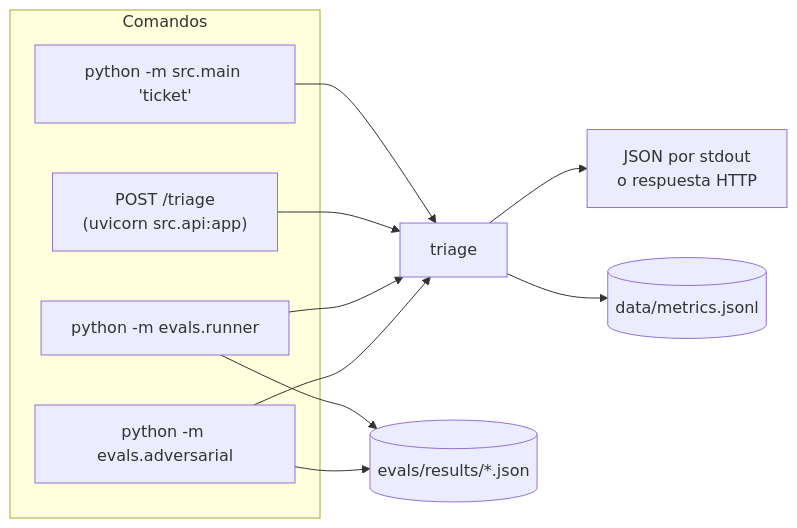
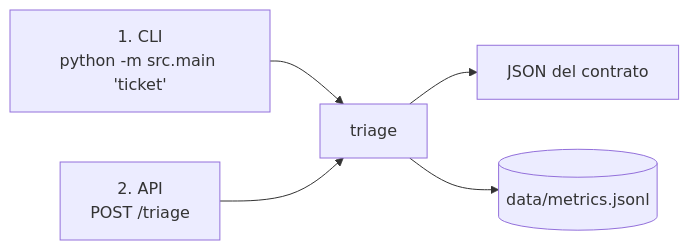
One commit to bryan-delacruz/nubbix-triage changed the second of 2 diagrams in README.md. Above: the diagram before and after it, drawn with Mermaid. The commit also changed other lines of this file and 1 other file, not shown here.

Commit message:
docs: modos de uso CLI y API en el README

````diff
--- a/README.md
+++ b/README.md
@@ -61,17 +70,7 @@
 ```mermaid
 flowchart LR
-    subgraph Comandos
-        CLI["python -m src.main 'ticket'"]
-        API["POST /triage<br/>(uvicorn src.api:app)"]
-        EV["python -m evals.runner"]
-        ADV["python -m evals.adversarial"]
-    end
-    CLI --> T[triage]
-    API --> T
-    EV --> T
-    ADV --> T
-    T --> OUT1[JSON por stdout<br/>o respuesta HTTP]
-    T --> OUT2[(data/metrics.jsonl)]
-    EV --> OUT3[(evals/results/*.json)]
-    ADV --> OUT3
+    CLI["1. CLI<br/>python -m src.main 'ticket'"] --> T[triage]
+    API["2. API<br/>POST /triage"] --> T
+    T --> J[JSON del contrato]
+    T --> M[(data/metrics.jsonl)]
 ```
````
